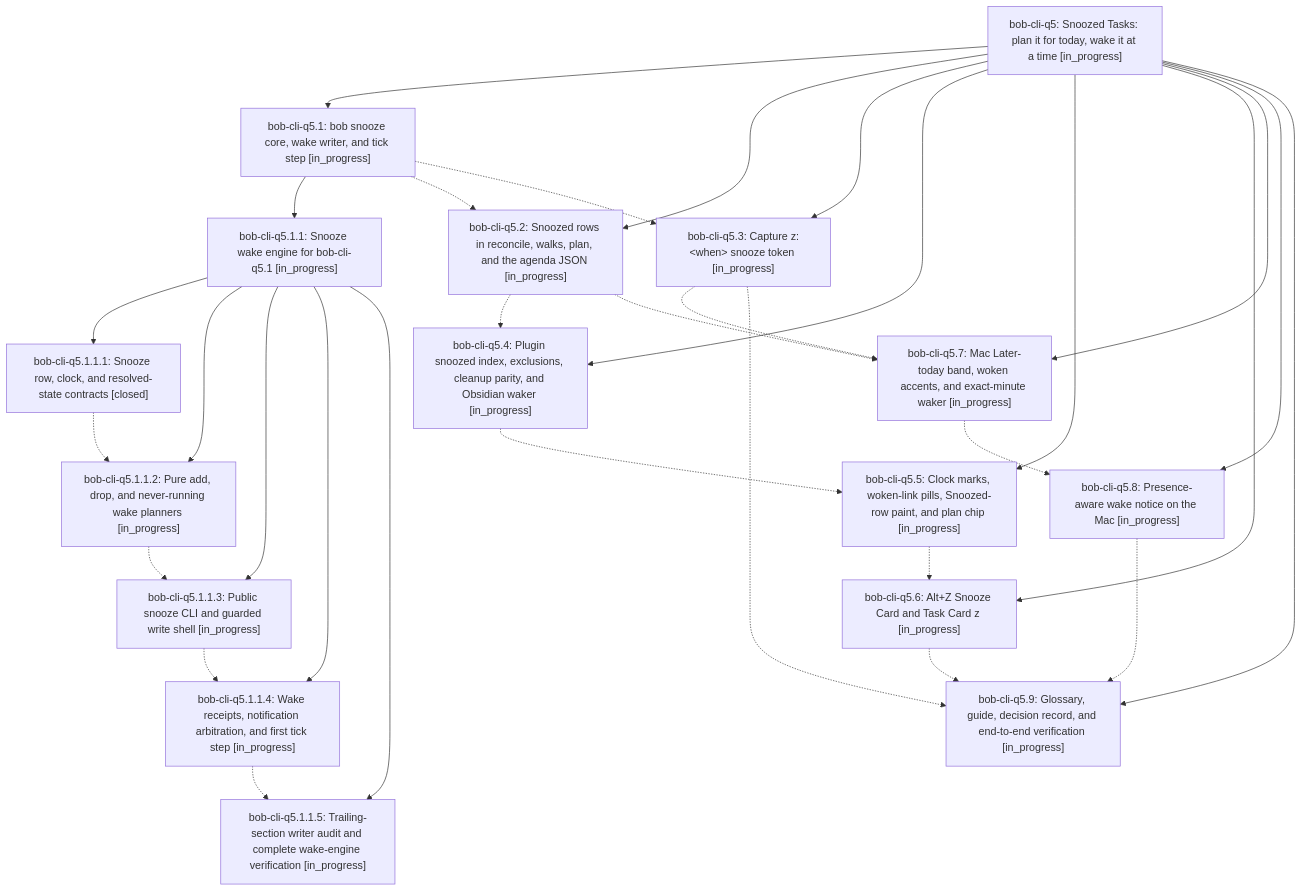
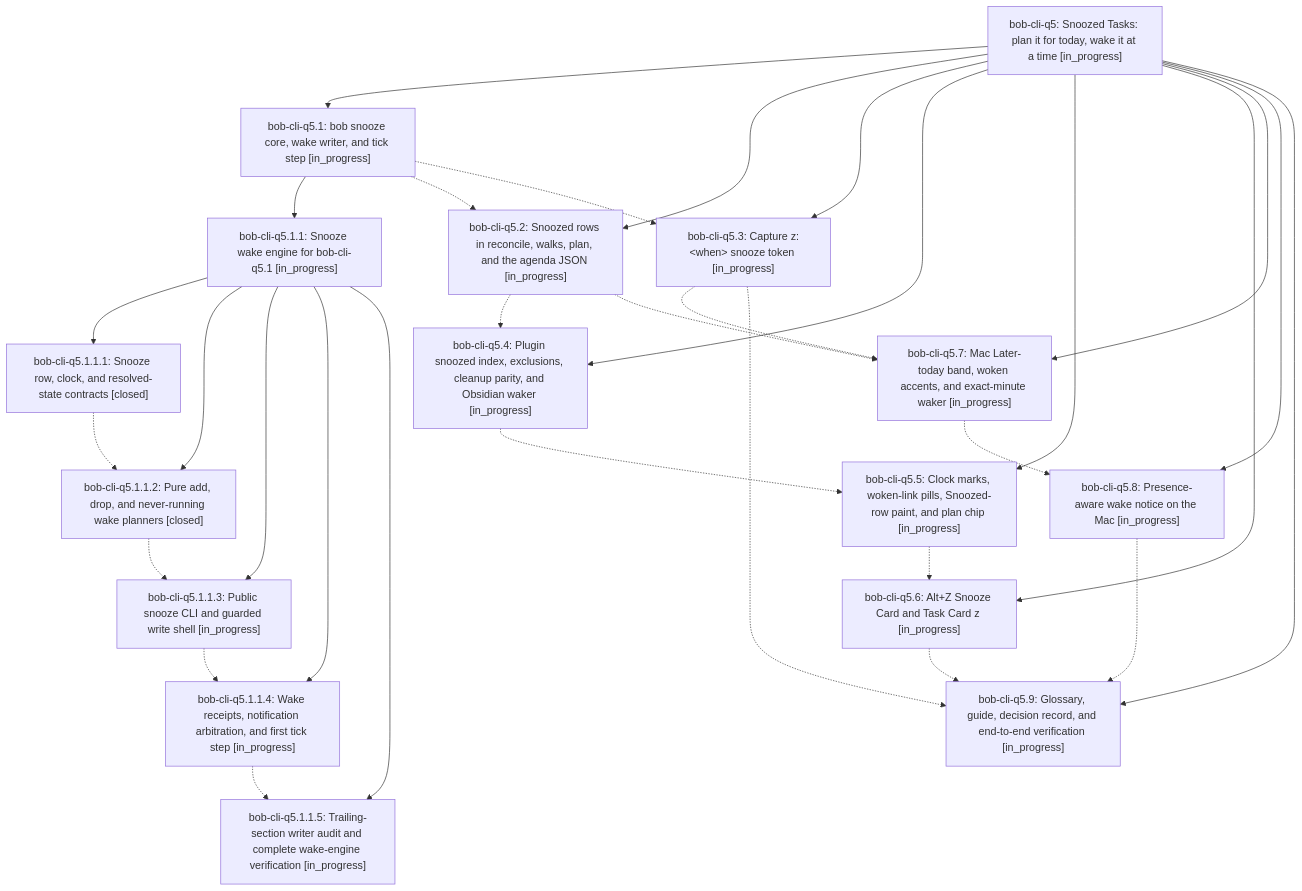
Before and after one commit to bobs-org/bob-cli--beads: the diagram in pages/bob-cli-q5/README.md, drawn with Mermaid. The commit also changed other lines of this file and 4 other files, not shown here.

First line of the commit message:
chore(beads): sync bead state and pages for bob-cli-q5

````diff
--- a/pages/bob-cli-q5/README.md
+++ b/pages/bob-cli-q5/README.md
@@ -42,49 +42,49 @@
 ```mermaid
 flowchart TD
     n0["bob-cli-q5: Snoozed Tasks: plan it for today, wake it at a time [in_progress]"]
     n1["bob-cli-q5.1: bob snooze core, wake writer, and tick step [in_progress]"]
     n2["bob-cli-q5.1.1: Snooze wake engine for bob-cli-q5.1 [in_progress]"]
     n3["bob-cli-q5.1.1.1: Snooze row, clock, and resolved-state contracts [closed]"]
-    n4["bob-cli-q5.1.1.2: Pure add, drop, and never-running wake planners [in_progress]"]
+    n4["bob-cli-q5.1.1.2: Pure add, drop, and never-running wake planners [closed]"]
     n5["bob-cli-q5.1.1.3: Public snooze CLI and guarded write shell [in_progress]"]
     n6["bob-cli-q5.1.1.4: Wake receipts, notification arbitration, and first tick step [in_progress]"]
     n7["bob-cli-q5.1.1.5: Trailing-section writer audit and complete wake-engine verification [in_progress]"]
     n8["bob-cli-q5.2: Snoozed rows in reconcile, walks, plan, and the agenda JSON [in_progress]"]
     n9["bob-cli-q5.3: Capture z:&lt;when&gt; snooze token [in_progress]"]
     n10["bob-cli-q5.4: Plugin snoozed index, exclusions, cleanup parity, and Obsidian waker [in_progress]"]
     n11["bob-cli-q5.5: Clock marks, woken-link pills, Snoozed-row paint, and plan chip [in_progress]"]
     n12["bob-cli-q5.6: Alt+Z Snooze Card and Task Card z [in_progress]"]
     n13["bob-cli-q5.7: Mac Later-today band, woken accents, and exact-minute waker [in_progress]"]
     n14["bob-cli-q5.8: Presence-aware wake notice on the Mac [in_progress]"]
     n15["bob-cli-q5.9: Glossary, guide, decision record, and end-to-end verification [in_progress]"]
     n0 --> n1
     n1 --> n2
     n2 --> n3
     n2 --> n4
     n2 --> n5
     n2 --> n6
     n2 --> n7
     n0 --> n8
     n0 --> n9
     n0 --> n10
     n0 --> n11
     n0 --> n12
     n0 --> n13
     n0 --> n14
     n0 --> n15
     n1 -.-> n8
     n1 -.-> n9
     n3 -.-> n4
     n4 -.-> n5
     n5 -.-> n6
     n6 -.-> n7
     n8 -.-> n10
     n8 -.-> n13
     n9 -.-> n13
     n9 -.-> n15
     n10 -.-> n11
     n11 -.-> n12
     n12 -.-> n15
     n13 -.-> n14
     n14 -.-> n15
 ```
````
